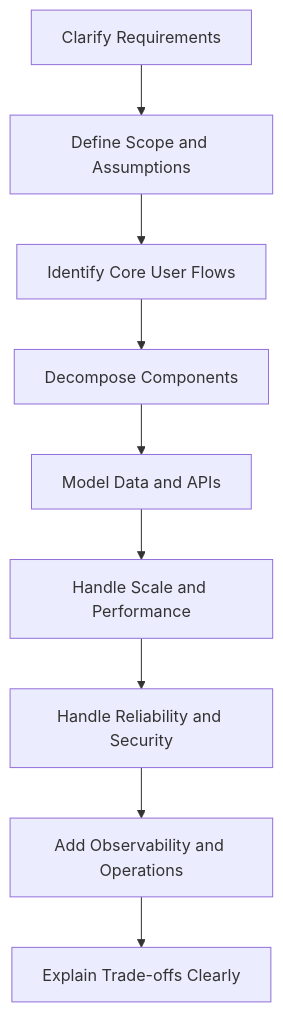
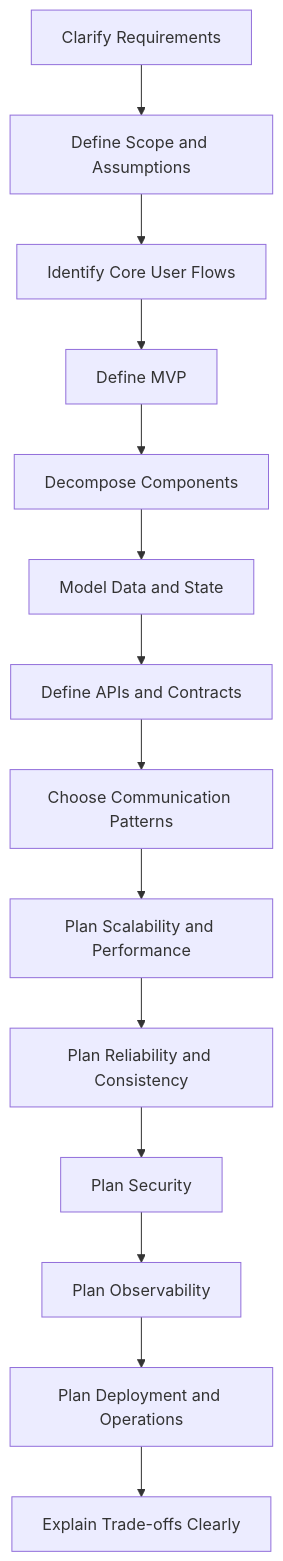
The first of 3 diagrams in systemdesign/15. End-to-End System Design Walkthrough/Concept.md (dbajajmnk/systemdesign), drawn with Mermaid before and after one commit. The commit also changed other lines of this file, not shown here.

`````diff
--- a/systemdesign/15. End-to-End System Design Walkthrough/Concept.md
+++ b/systemdesign/15. End-to-End System Design Walkthrough/Concept.md
@@ -551,11 +796,16 @@
-```mermaid id="ihw5v2"
+```mermaid
 flowchart TD
     A[Clarify Requirements] --> B[Define Scope and Assumptions]
     B --> C[Identify Core User Flows]
-    C --> D[Decompose Components]
-    D --> E[Model Data and APIs]
-    E --> F[Handle Scale and Performance]
-    F --> G[Handle Reliability and Security]
-    G --> H[Add Observability and Operations]
-    H --> I[Explain Trade-offs Clearly]
-````
+    C --> D[Define MVP]
+    D --> E[Decompose Components]
+    E --> F[Model Data and State]
+    F --> G[Define APIs and Contracts]
+    G --> H[Choose Communication Patterns]
+    H --> I[Plan Scalability and Performance]
+    I --> J[Plan Reliability and Consistency]
+    J --> K[Plan Security]
+    K --> L[Plan Observability]
+    L --> M[Plan Deployment and Operations]
+    M --> N[Explain Trade-offs Clearly]
+```
`````
